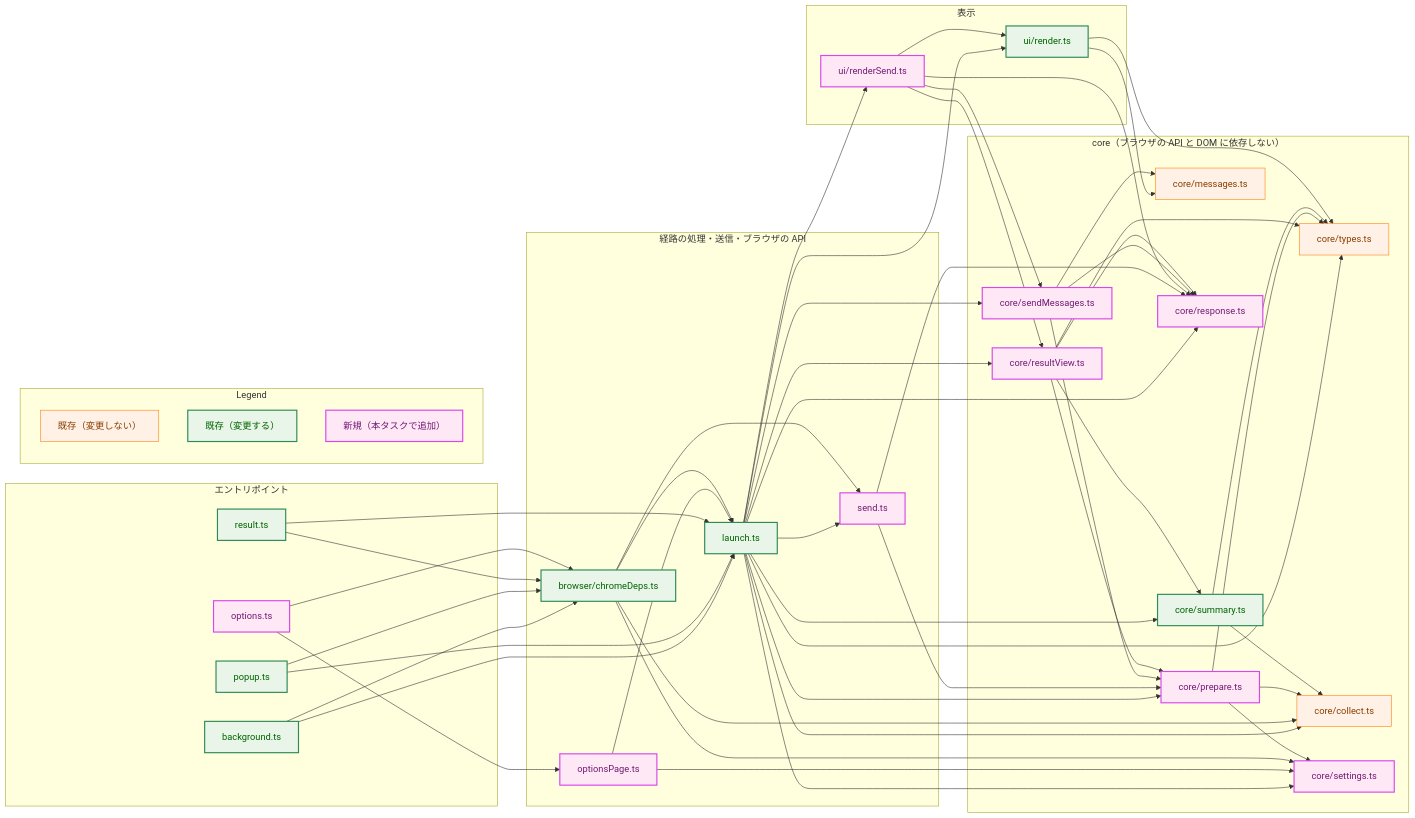
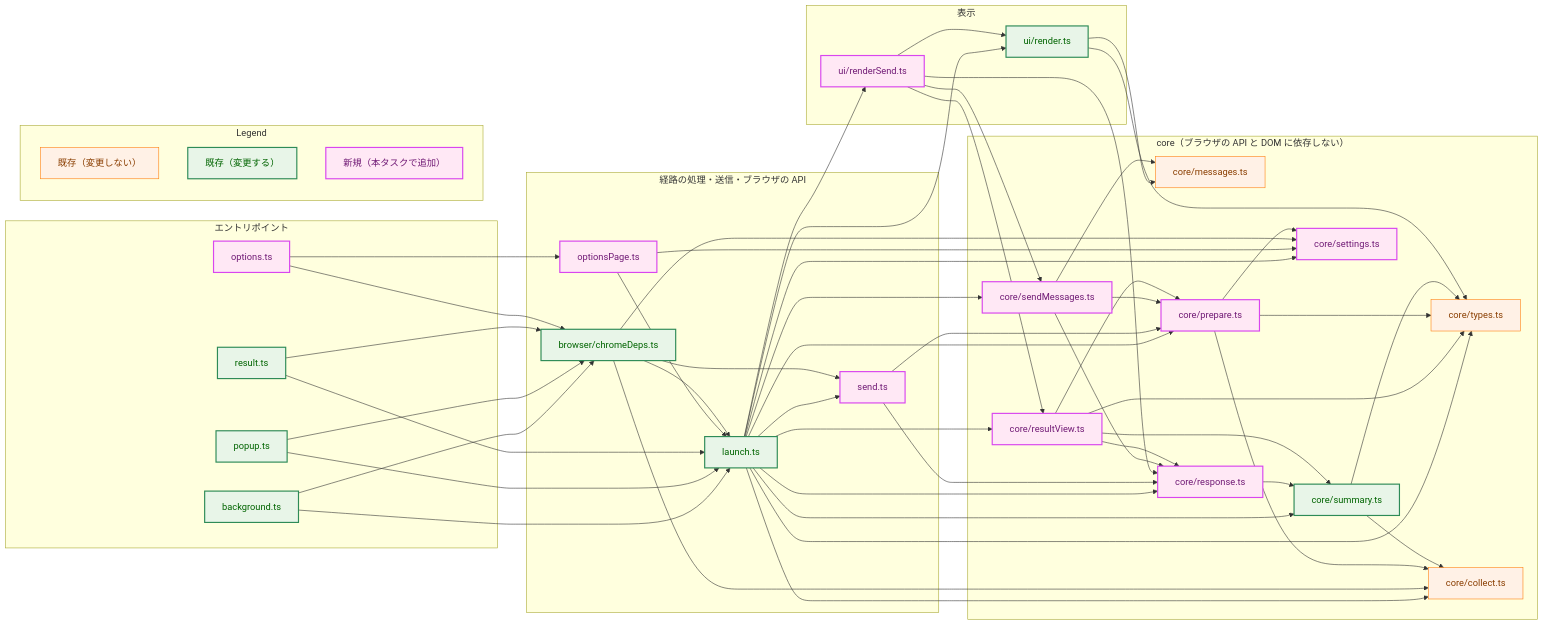
One commit to isseis/yt2column changed the second of 9 diagrams in docs/tasks/0020_extension_send/02_architecture.md. Above: the diagram before and after it, drawn with Mermaid. The commit also changed other lines of this file, not shown here.

First line of the commit message:
docs(0020): fix review findings in the architecture draft

```diff
--- a/docs/tasks/0020_extension_send/02_architecture.md
+++ b/docs/tasks/0020_extension_send/02_architecture.md
@@ -236,6 +236,7 @@
     SM --> ME
     SM --> PR
     SM --> RP
+    RP --> SU
     RV --> SU
     RV --> TY
     RV --> PR
```
